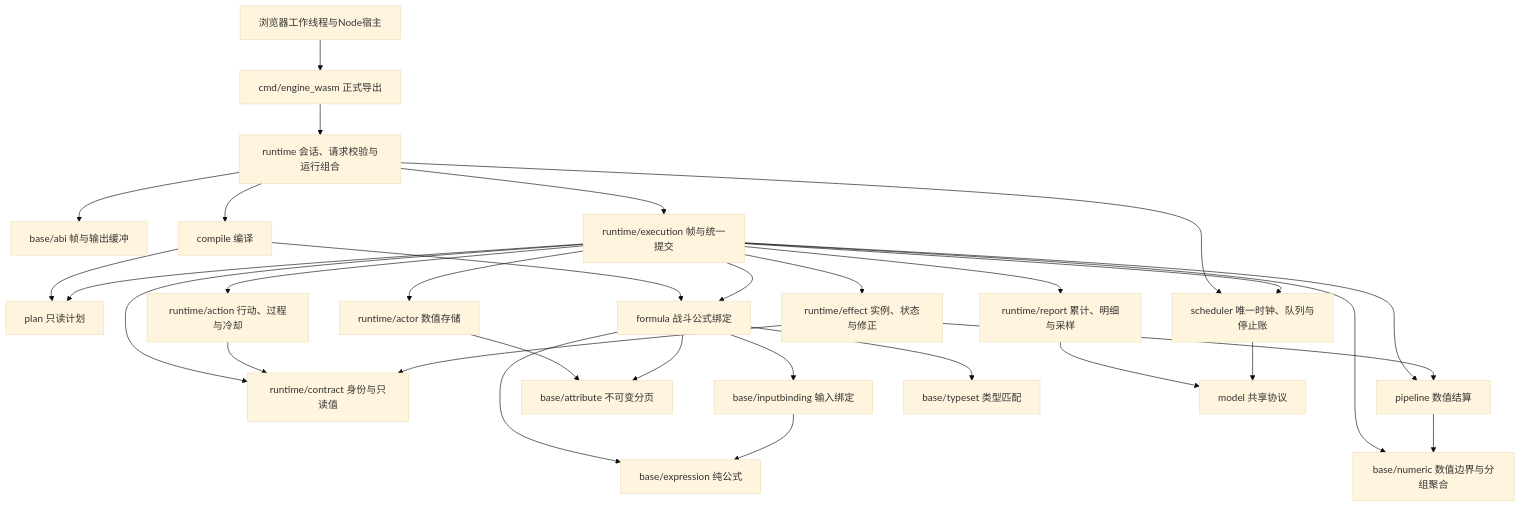
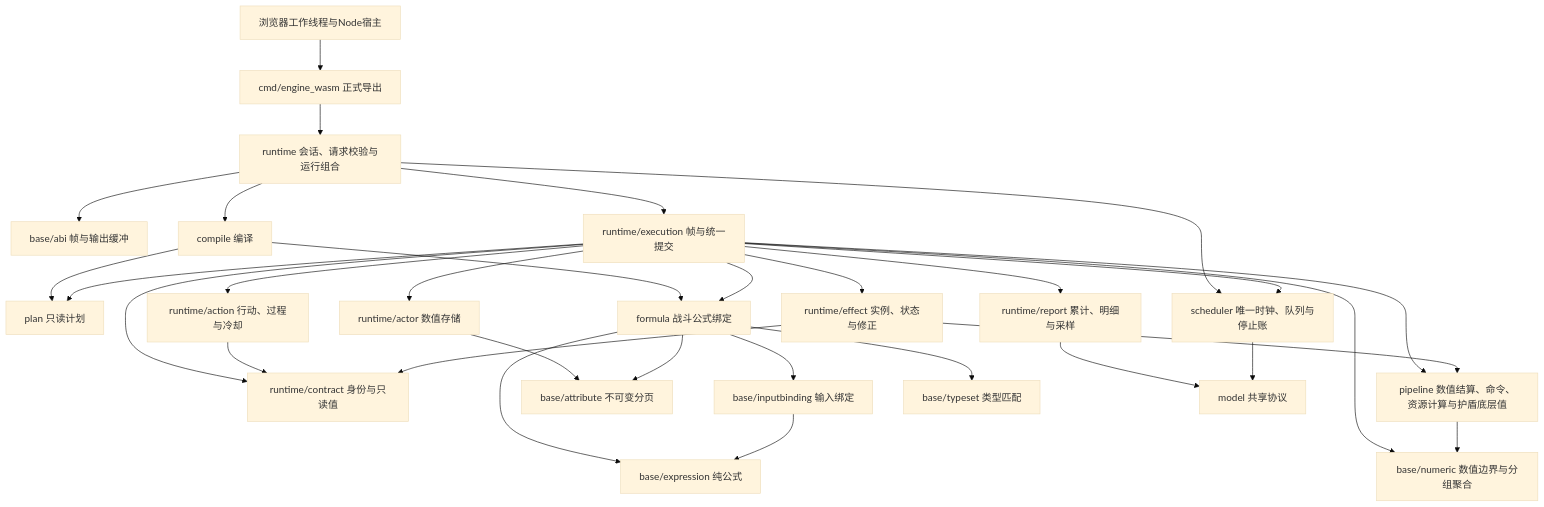
One commit to JeanbartBiubiu/damage_viewer_project_planning changed the first of 4 diagrams in wasm/tinygo_engine_v2/ARCHITECTURE.md. Above: the diagram before and after it, drawn with Mermaid (base theme). The commit also changed 34 other files, not shown here.

````diff
--- a/wasm/tinygo_engine_v2/ARCHITECTURE.md
+++ b/wasm/tinygo_engine_v2/ARCHITECTURE.md
@@ -9,53 +9,53 @@
 ```mermaid
 graph TD
     Host["浏览器工作线程与Node宿主"]
     Exports["cmd/engine_wasm 正式导出"]
     Root["runtime 会话、请求校验与运行组合"]
     ABI["base/abi 帧与输出缓冲"]
     Compile["compile 编译"]
     Plan["plan 只读计划"]
     Engine["runtime/execution 帧与统一提交"]
     Loop["scheduler 唯一时钟、队列与停止账"]
     Actor["runtime/actor 数值存储"]
     Action["runtime/action 行动、过程与冷却"]
     Effect["runtime/effect 实例、状态与修正"]
     Report["runtime/report 累计、明细与采样"]
     Contract["runtime/contract 身份与只读值"]
     Formula["formula 战斗公式绑定"]
-    Pipeline["pipeline 数值结算"]
+    Pipeline["pipeline 数值结算、命令、资源计算与护盾底层值"]
     Attribute["base/attribute 不可变分页"]
     Pure["base/expression 纯公式"]
     Binding["base/inputbinding 输入绑定"]
     Numeric["base/numeric 数值边界与分组聚合"]
     Types["base/typeset 类型匹配"]
     Model["model 共享协议"]
     Host --> Exports --> Root
     Root --> ABI
     Root --> Compile
     Root --> Engine
     Root --> Loop
     Compile --> Plan
     Compile --> Formula
     Engine --> Plan
     Engine --> Loop
     Engine --> Actor
     Engine --> Action
     Engine --> Effect
     Engine --> Report
     Engine --> Contract
     Engine --> Formula
     Engine --> Pipeline
     Engine --> Numeric
     Pipeline --> Numeric
     Actor --> Attribute
     Action --> Contract
     Effect --> Contract
     Effect --> Pipeline
     Report --> Model
     Loop --> Model
     Formula --> Attribute
     Formula --> Pure
     Formula --> Binding
     Formula --> Types
     Binding --> Pure
 ```
````
